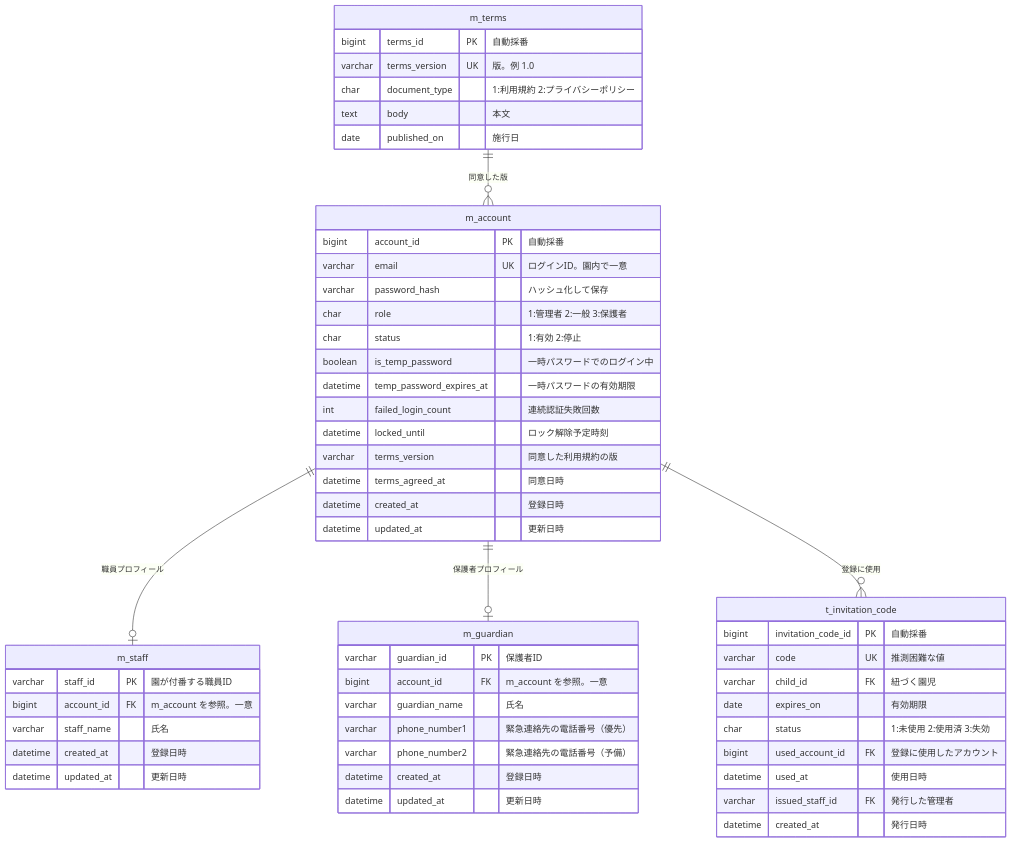
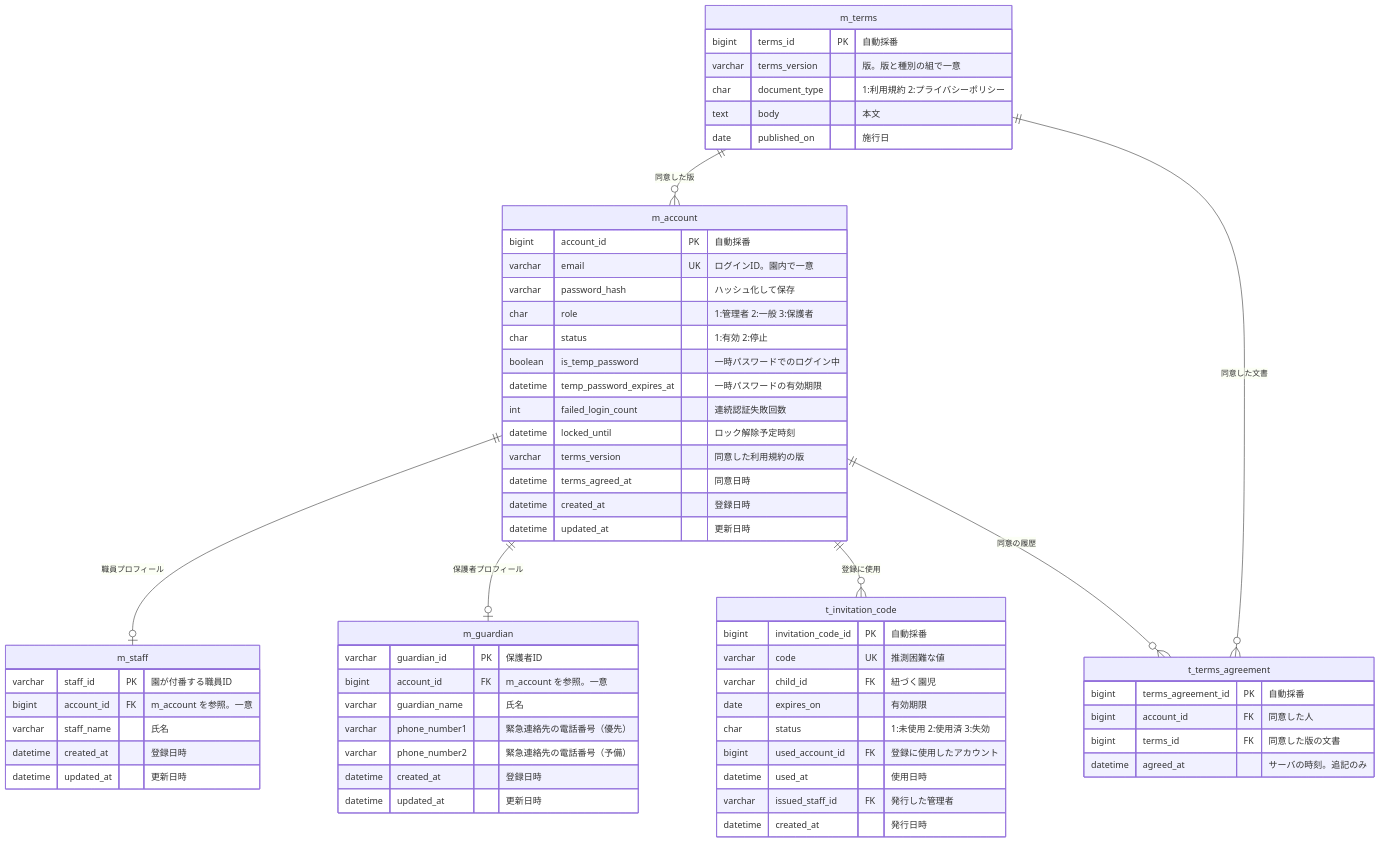
The second of 9 diagrams in 図/ER図.md (issei0423/sukusuku_system), drawn with Mermaid before and after one commit. The commit also changed other lines of this file and 1 other file, not shown here.

First line of the commit message:
ER図 第2.0版：連絡帳のエリアと第3.0版の13の表・列を足し、共有の列と点線を外した。基本設計書 5章に園児の顔写真の列と、保護者へのひとことを関所の段2とすることを足した（UI の係の申し送り）

````diff
--- a/図/ER図.md
+++ b/図/ER図.md
@@ -94,57 +105,65 @@
 ```mermaid
 erDiagram
     m_account ||--o| m_staff : "職員プロフィール"
     m_account ||--o| m_guardian : "保護者プロフィール"
     m_account ||--o{ t_invitation_code : "登録に使用"
     m_terms ||--o{ m_account : "同意した版"
+    m_account ||--o{ t_terms_agreement : "同意の履歴"
+    m_terms ||--o{ t_terms_agreement : "同意した文書"
 
     m_account {
         bigint account_id PK "自動採番"
         varchar email UK "ログインID。園内で一意"
         varchar password_hash "ハッシュ化して保存"
         char role "1:管理者 2:一般 3:保護者"
         char status "1:有効 2:停止"
         boolean is_temp_password "一時パスワードでのログイン中"
         datetime temp_password_expires_at "一時パスワードの有効期限"
         int failed_login_count "連続認証失敗回数"
         datetime locked_until "ロック解除予定時刻"
         varchar terms_version "同意した利用規約の版"
         datetime terms_agreed_at "同意日時"
         datetime created_at "登録日時"
         datetime updated_at "更新日時"
     }
     m_staff {
         varchar staff_id PK "園が付番する職員ID"
         bigint account_id FK "m_account を参照。一意"
         varchar staff_name "氏名"
         datetime created_at "登録日時"
         datetime updated_at "更新日時"
     }
     m_guardian {
         varchar guardian_id PK "保護者ID"
         bigint account_id FK "m_account を参照。一意"
         varchar guardian_name "氏名"
         varchar phone_number1 "緊急連絡先の電話番号（優先）"
         varchar phone_number2 "緊急連絡先の電話番号（予備）"
         datetime created_at "登録日時"
         datetime updated_at "更新日時"
     }
     m_terms {
         bigint terms_id PK "自動採番"
-        varchar terms_version UK "版。例 1.0"
+        varchar terms_version "版。版と種別の組で一意"
         char document_type "1:利用規約 2:プライバシーポリシー"
         text body "本文"
         date published_on "施行日"
+    }
+    t_terms_agreement {
+        bigint terms_agreement_id PK "自動採番"
+        bigint account_id FK "同意した人"
+        bigint terms_id FK "同意した版の文書"
+        datetime agreed_at "サーバの時刻。追記のみ"
     }
     t_invitation_code {
         bigint invitation_code_id PK "自動採番"
         varchar code UK "推測困難な値"
         varchar child_id FK "紐づく園児"
         date expires_on "有効期限"
         char status "1:未使用 2:使用済 3:失効"
         bigint used_account_id FK "登録に使用したアカウント"
         datetime used_at "使用日時"
         varchar issued_staff_id FK "発行した管理者"
         datetime created_at "発行日時"
     }
 ```
````
